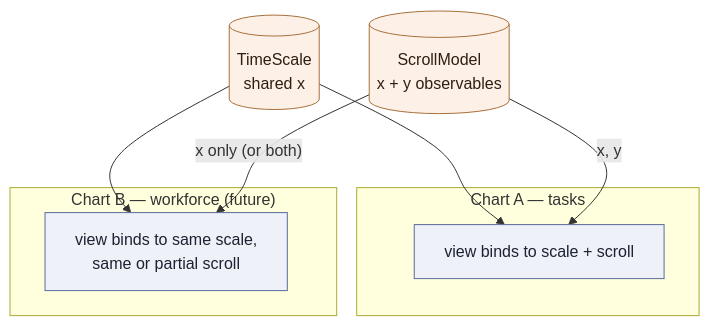
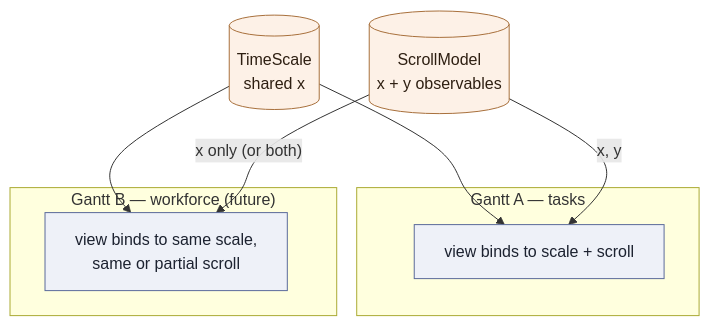
The sixth of 6 diagrams in plans/01-domain-architecture.md (freegantt/freegantt), drawn with Mermaid before and after one commit. The commit also changed other lines of this file and 21 other files, not shown here.

Commit message:
Renamed Chart to Gantt globablly

````diff
--- a/plans/01-domain-architecture.md
+++ b/plans/01-domain-architecture.md
@@ -477,22 +477,22 @@
 ```mermaid
 flowchart TB
   TS[("TimeScale<br/>shared x")]
   SM[("ScrollModel<br/>x + y observables")]
 
-  subgraph chartA["Chart A — tasks"]
+  subgraph ganttA["Gantt A — tasks"]
     VA["view binds to scale + scroll"]
   end
-  subgraph chartB["Chart B — workforce (future)"]
+  subgraph ganttB["Gantt B — workforce (future)"]
     VB["view binds to same scale,<br/>same or partial scroll"]
   end
 
   TS --> VA
   TS --> VB
   SM -->|x, y| VA
   SM -->|"x only (or both)"| VB
 
   classDef obj fill:#fdf1e7,stroke:#a8703c,color:#2e1f12
   classDef ch fill:#eef1f8,stroke:#5a6a9a,color:#1c2230
   class TS,SM obj
   class VA,VB ch
 ```
````
